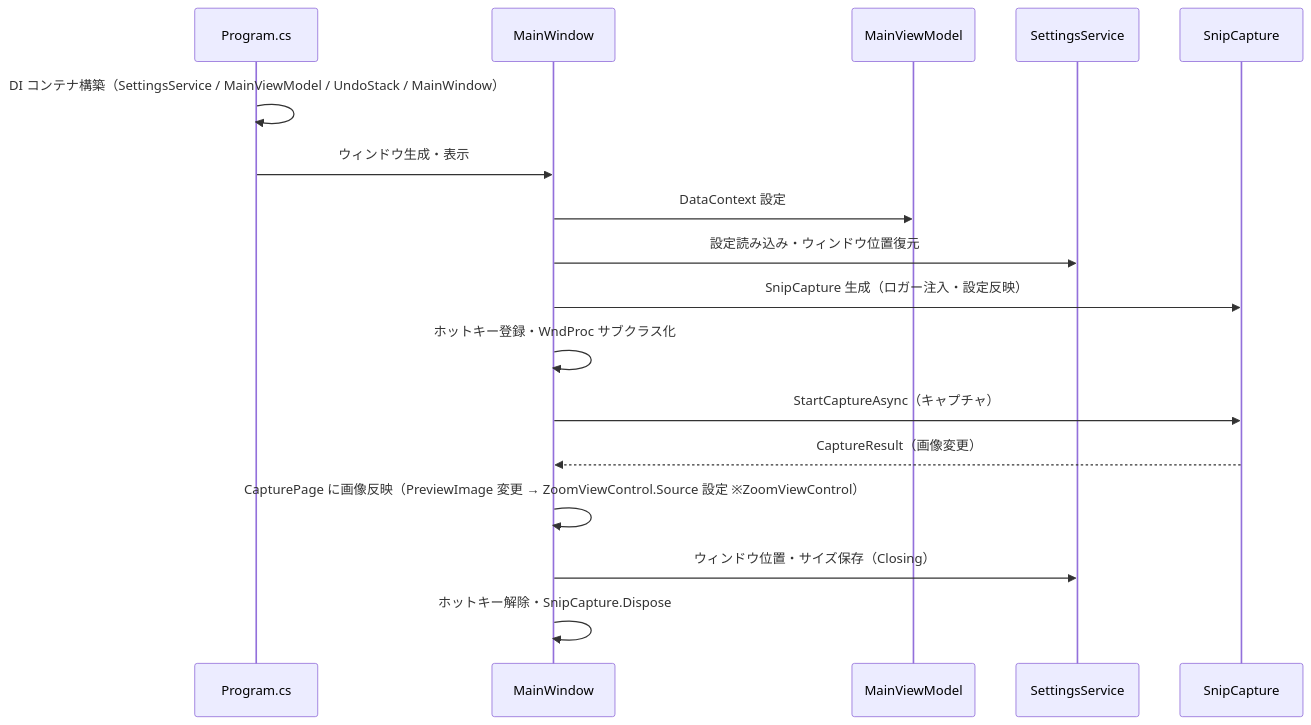
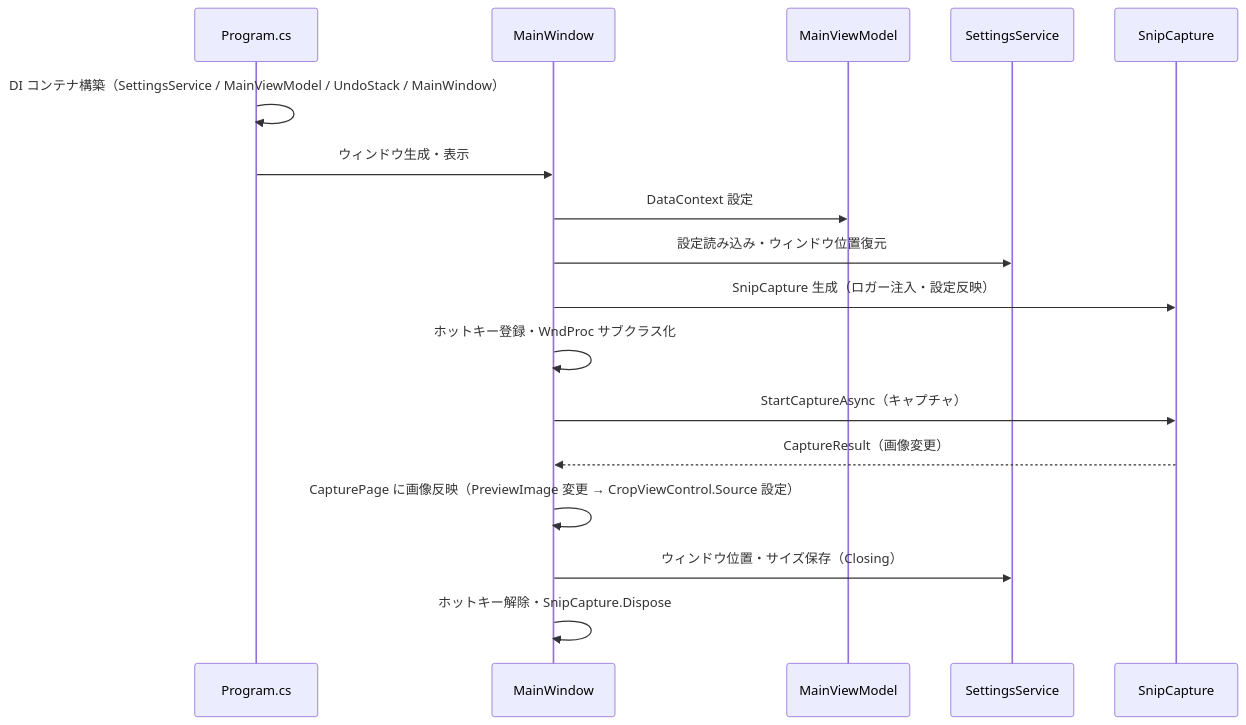
One commit to tomokuni/SaveEvidence changed the second of 2 diagrams in src/app/SPEC_System.md. Above: the diagram before and after it, drawn with Mermaid. The commit also changed other lines of this file and 50 other files, not shown here.

First line of the commit message:
Update SnipCaptureUI and ZoomViewControl documentation and code structure

````diff
--- a/src/app/SPEC_System.md
+++ b/src/app/SPEC_System.md
@@ -261,22 +231,22 @@
 ```mermaid
 sequenceDiagram
     participant Prg as Program.cs
     participant MW as MainWindow
     participant VM as MainViewModel
     participant SS as SettingsService
     participant SN as SnipCapture
 
     Prg->>Prg: DI コンテナ構築（SettingsService / MainViewModel / UndoStack / MainWindow）
     Prg->>MW: ウィンドウ生成・表示
     MW->>VM: DataContext 設定
     MW->>SS: 設定読み込み・ウィンドウ位置復元
     MW->>SN: SnipCapture 生成（ロガー注入・設定反映）
     MW->>MW: ホットキー登録・WndProc サブクラス化
 
     MW->>SN: StartCaptureAsync（キャプチャ）
     SN-->>MW: CaptureResult（画像変更）
-    MW->>MW: CapturePage に画像反映（PreviewImage 変更 → ZoomViewControl.Source 設定 ※ZoomViewControl）
+    MW->>MW: CapturePage に画像反映（PreviewImage 変更 → CropViewControl.Source 設定）
 
     MW->>SS: ウィンドウ位置・サイズ保存（Closing）
     MW->>MW: ホットキー解除・SnipCapture.Dispose
 ```
````
